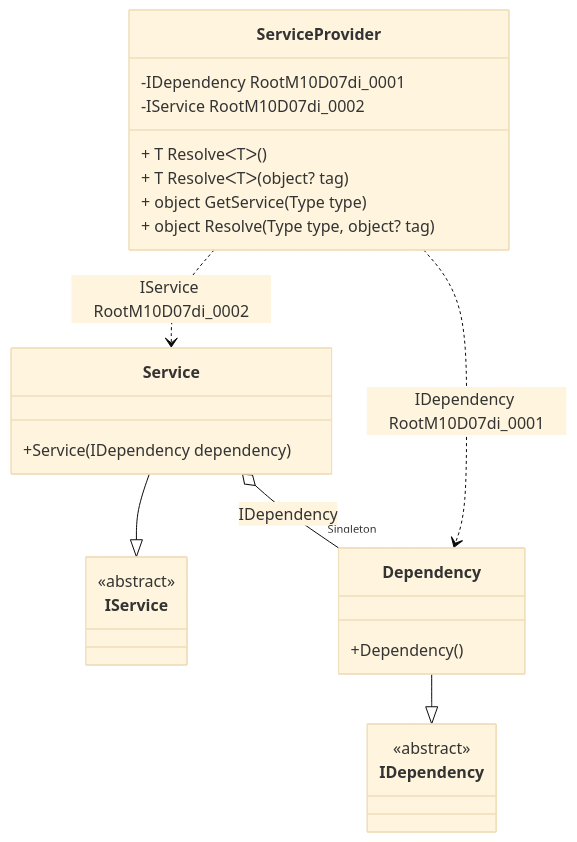
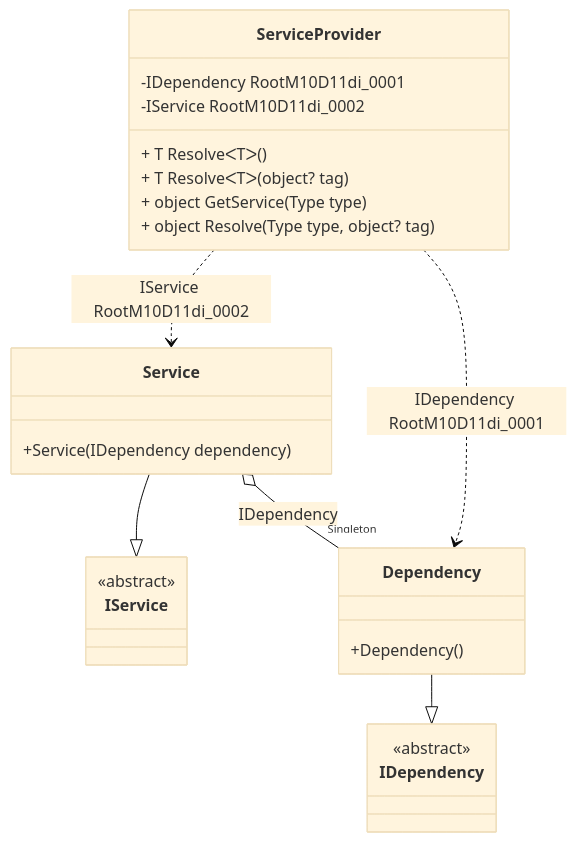
The diagram in readme/service-provider.md (DevTeam/Pure.DI), drawn with Mermaid (base theme) before and after one commit. The commit also changed other lines of this file and 59 other files, not shown here.

````diff
--- a/readme/service-provider.md
+++ b/readme/service-provider.md
@@ -49,28 +49,28 @@
 ```mermaid
 classDiagram
   class ServiceProvider {
-    -IDependency RootM10D07di_0001
-    -IService RootM10D07di_0002
+    -IDependency RootM10D11di_0001
+    -IService RootM10D11di_0002
     + T ResolveᐸTᐳ()
     + T ResolveᐸTᐳ(object? tag)
     + object GetService(Type type)
     + object Resolve(Type type, object? tag)
   }
   Service --|> IService : 
   class Service {
     +Service(IDependency dependency)
   }
   Dependency --|> IDependency : 
   class Dependency {
     +Dependency()
   }
   class IService {
     <<abstract>>
   }
   class IDependency {
     <<abstract>>
   }
   Service o--  "Singleton" Dependency : IDependency
-  ServiceProvider ..> Dependency : IDependency RootM10D07di_0001
-  ServiceProvider ..> Service : IService RootM10D07di_0002
+  ServiceProvider ..> Dependency : IDependency RootM10D11di_0001
+  ServiceProvider ..> Service : IService RootM10D11di_0002
 ```
````
